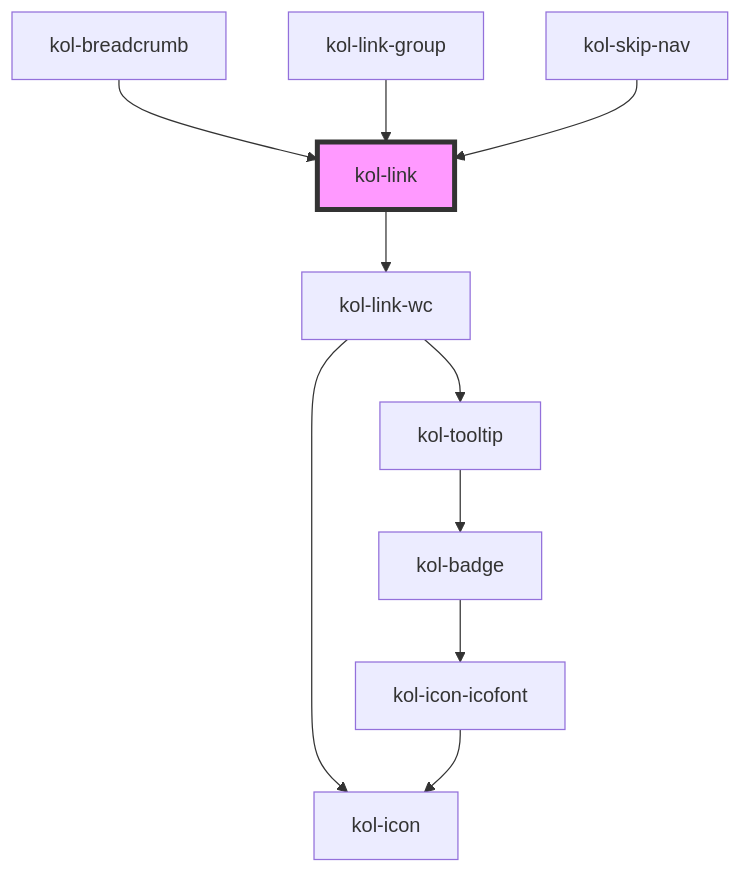
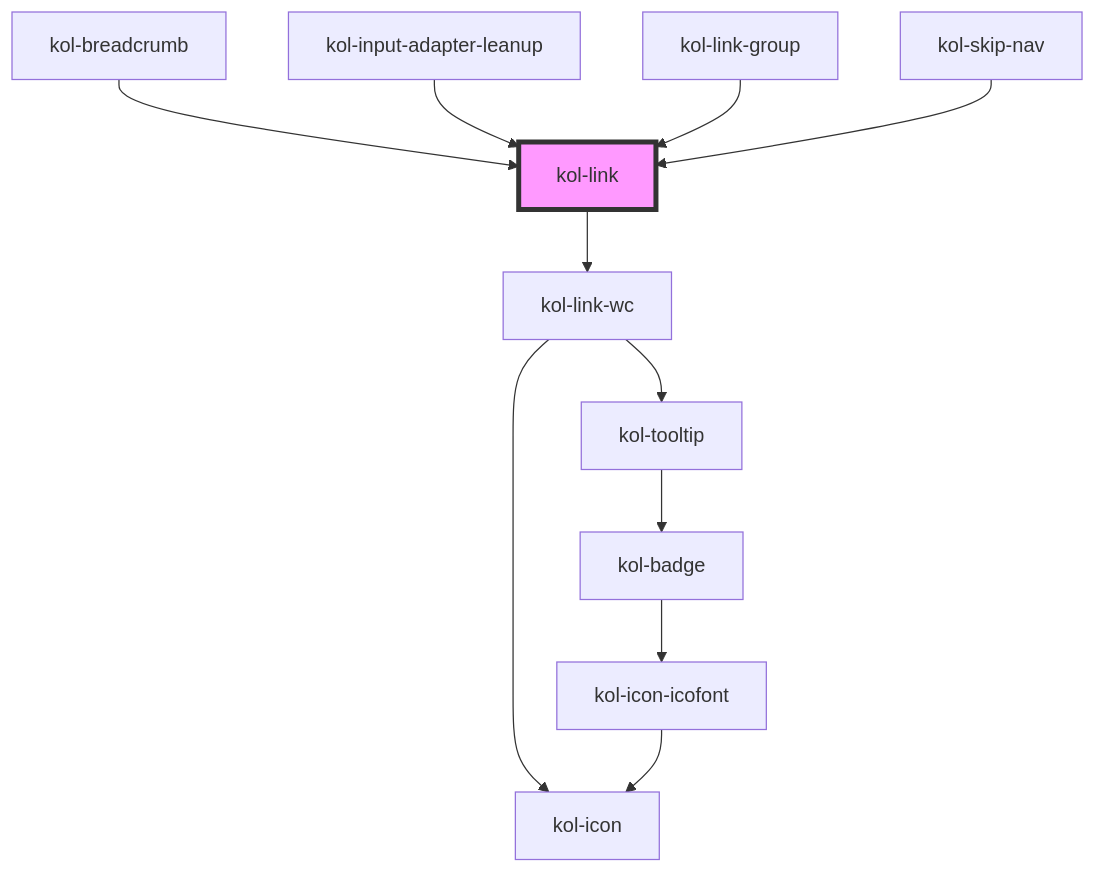
One commit to public-ui/kolibri changed the diagram in packages/library/src/components/link/readme.md. Above: the diagram before and after it, drawn with Mermaid. The commit also changed other lines of this file and 415 other files, not shown here.

````diff
--- a/packages/library/src/components/link/readme.md
+++ b/packages/library/src/components/link/readme.md
@@ -143,13 +144,14 @@
 ```mermaid
 graph TD;
   kol-link --> kol-link-wc
   kol-link-wc --> kol-icon
   kol-link-wc --> kol-tooltip
   kol-tooltip --> kol-badge
   kol-badge --> kol-icon-icofont
   kol-icon-icofont --> kol-icon
   kol-breadcrumb --> kol-link
+  kol-input-adapter-leanup --> kol-link
   kol-link-group --> kol-link
   kol-skip-nav --> kol-link
   style kol-link fill:#f9f,stroke:#333,stroke-width:4px
 ```
````
